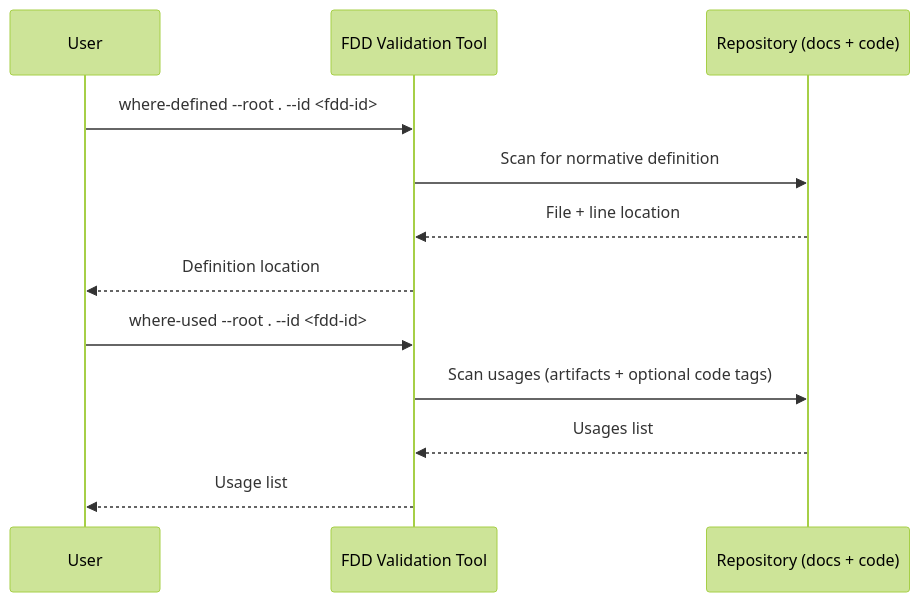
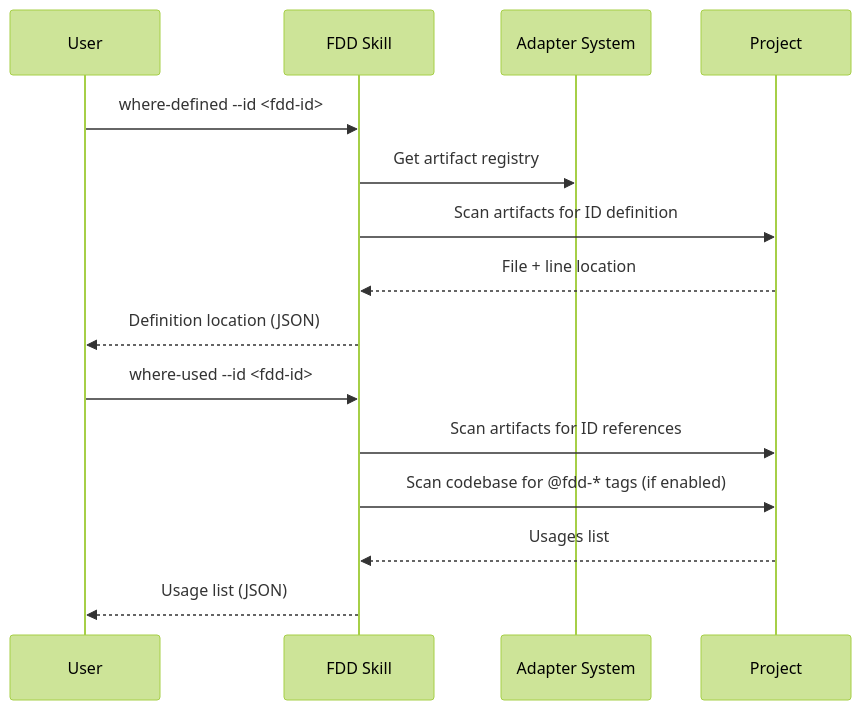
Before and after one commit to cyberfabric/cyber-pilot: the fifth of 5 diagrams in architecture/DESIGN.md, drawn with Mermaid (forest theme). The commit also changed other lines of this file and 93 other files, not shown here.

````diff
--- a/architecture/DESIGN.md
+++ b/architecture/DESIGN.md
@@ -640,15 +946,18 @@
 ```mermaid
 sequenceDiagram
-    participant Dev as User
-    participant Tool as FDD Validation Tool
-    participant Repo as Repository (docs + code)
+    participant User
+    participant FDD as FDD Skill
+    participant AS as Adapter System
+    participant PROJ as Project
 
-    Dev->>Tool: where-defined --root . --id <fdd-id>
-    Tool->>Repo: Scan for normative definition
-    Repo-->>Tool: File + line location
-    Tool-->>Dev: Definition location
-    Dev->>Tool: where-used --root . --id <fdd-id>
-    Tool->>Repo: Scan usages (artifacts + optional code tags)
-    Repo-->>Tool: Usages list
-    Tool-->>Dev: Usage list
+    User->>FDD: where-defined --id <fdd-id>
+    FDD->>AS: Get artifact registry
+    FDD->>PROJ: Scan artifacts for ID definition
+    PROJ-->>FDD: File + line location
+    FDD-->>User: Definition location (JSON)
+    User->>FDD: where-used --id <fdd-id>
+    FDD->>PROJ: Scan artifacts for ID references
+    FDD->>PROJ: Scan codebase for @fdd-* tags (if enabled)
+    PROJ-->>FDD: Usages list
+    FDD-->>User: Usage list (JSON)
 ```
````
